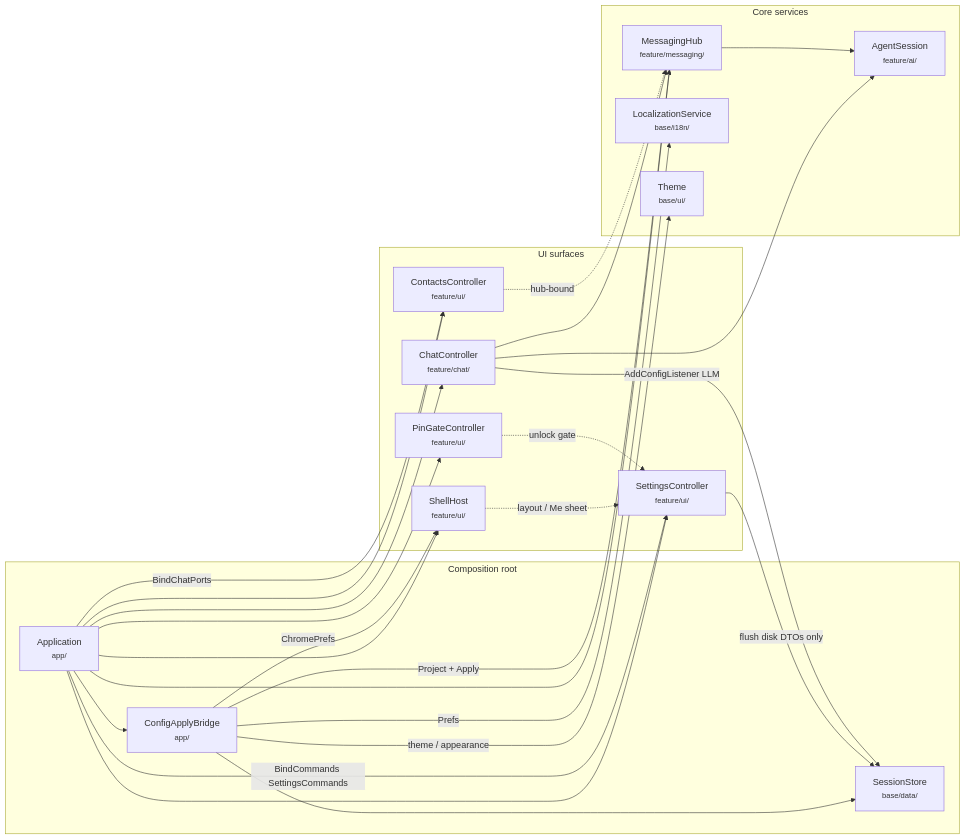
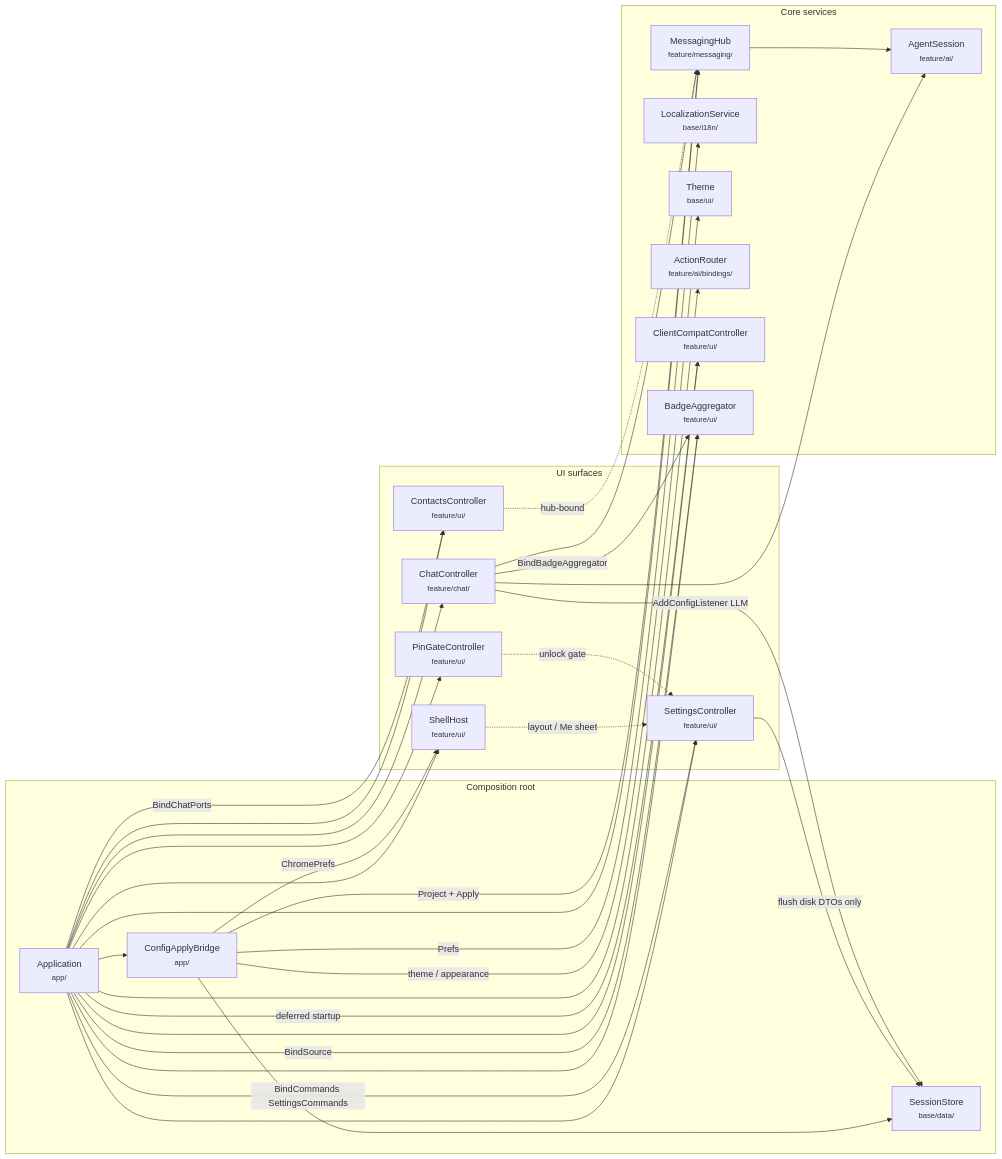
One commit to people-post/pp-browser changed the second of 4 diagrams in docs/architecture/RUNTIME_COMPOSITION.md. Above: the diagram before and after it, drawn with Mermaid. The commit also changed other lines of this file and 12 other files, not shown here.

````diff
--- a/docs/architecture/RUNTIME_COMPOSITION.md
+++ b/docs/architecture/RUNTIME_COMPOSITION.md
@@ -79,49 +79,58 @@
 ```mermaid
 flowchart LR
   subgraph composition["Composition root"]
     App["Application<br/><small>app/</small>"]
     Bridge["ConfigApplyBridge<br/><small>app/</small>"]
     Store["SessionStore<br/><small>base/data/</small>"]
   end
 
   subgraph surfaces["UI surfaces"]
     Shell["ShellHost<br/><small>feature/ui/</small>"]
     Settings["SettingsController<br/><small>feature/ui/</small>"]
     Chat["ChatController<br/><small>feature/chat/</small>"]
     Contacts["ContactsController<br/><small>feature/ui/</small>"]
     Pin["PinGateController<br/><small>feature/ui/</small>"]
   end
 
   subgraph services["Core services"]
     Hub["MessagingHub<br/><small>feature/messaging/</small>"]
     Agent["AgentSession<br/><small>feature/ai/</small>"]
     Locale["LocalizationService<br/><small>base/i18n/</small>"]
     ThemeNode["Theme<br/><small>base/ui/</small>"]
+    ActionRouter["ActionRouter<br/><small>feature/ai/bindings/</small>"]
+    ClientCompat["ClientCompatController<br/><small>feature/ui/</small>"]
+    Badges["BadgeAggregator<br/><small>feature/ui/</small>"]
   end
 
   App --> Bridge
   App --> Hub
   App --> Shell
   App --> Chat
   App --> Settings
   App --> Contacts
   App --> Pin
+  App --> ActionRouter
+  App --> ClientCompat
+  App --> Badges
 
   Bridge --> Store
   Bridge -->|Project + Apply| Hub
   Bridge -->|ChromePrefs| Shell
   Bridge -->|Prefs| Locale
   Bridge -->|theme / appearance| ThemeNode
 
   Settings -->|flush disk DTOs only| Store
   Chat -->|AddConfigListener LLM| Store
   Chat --> Hub
   Chat --> Agent
+  Chat -->|BindBadgeAggregator| Badges
   Hub --> Agent
+  App -->|BindSource| Badges
 
   Shell -.->|layout / Me sheet| Settings
   App -->|BindCommands SettingsCommands| Settings
   App -->|BindChatPorts| Contacts
+  App -->|deferred startup| ClientCompat
   Pin -.->|unlock gate| Settings
   Contacts -.->|hub-bound| Hub
 ```
````
